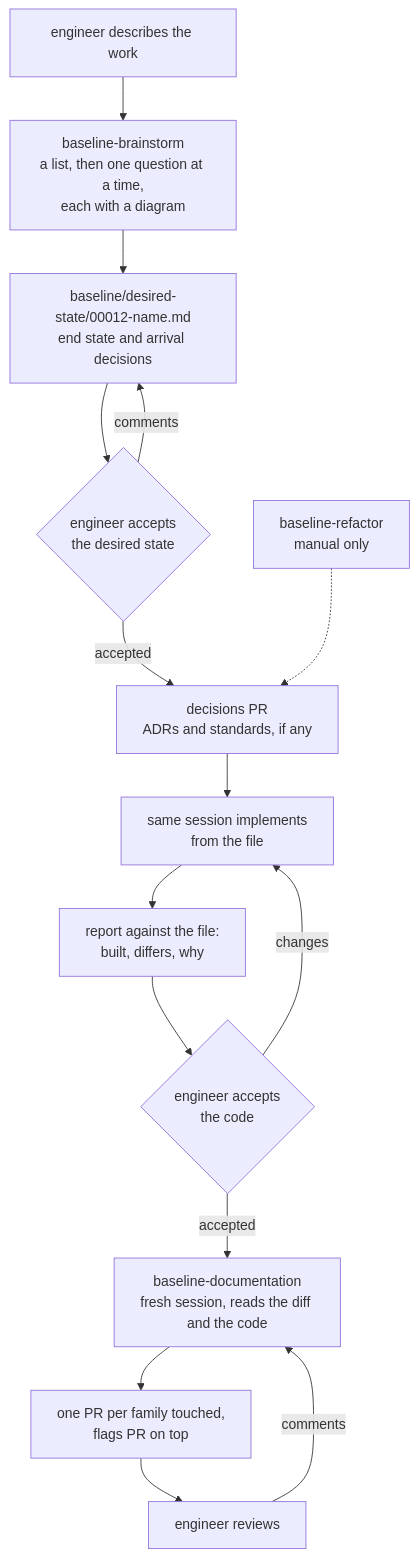
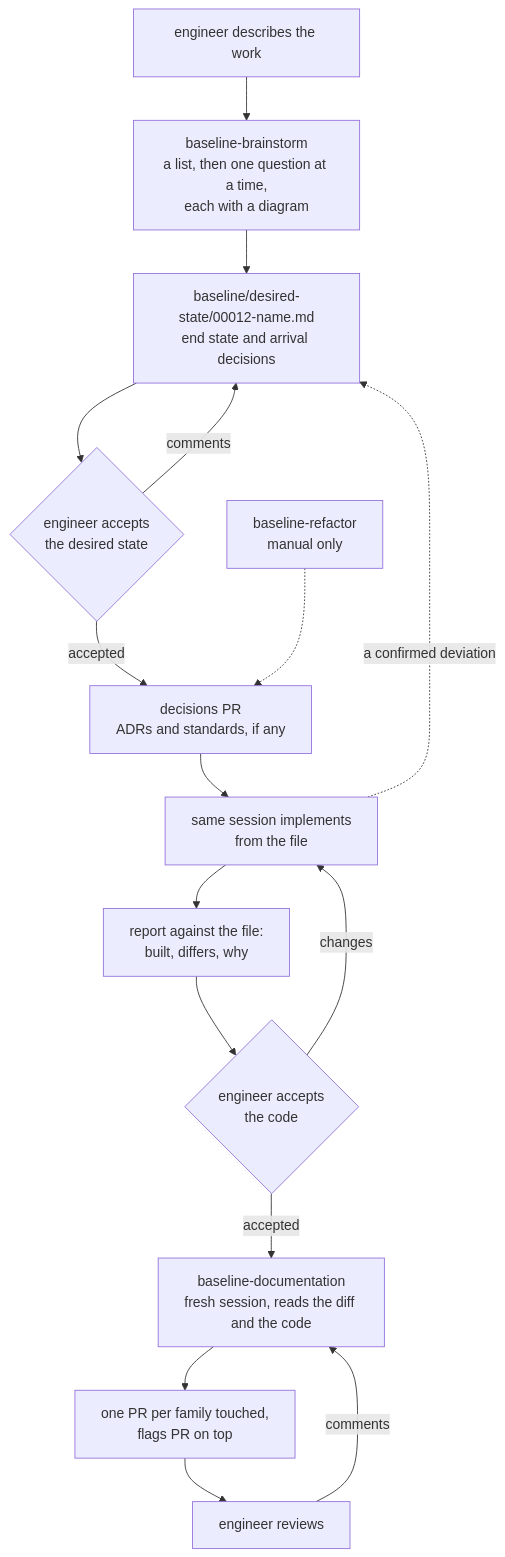
One commit to chandanbsd/baseline-framework changed the second of 3 diagrams in baseline/desired-state/00001-baseline-v2.md. Above: the diagram before and after it, drawn with Mermaid. The commit also changed other lines of this file, not shown here.

First line of the commit message:
docs: a deviation during coding is confirmed explicitly and amends the desired state (D29)

````diff
--- a/baseline/desired-state/00001-baseline-v2.md
+++ b/baseline/desired-state/00001-baseline-v2.md
@@ -41,17 +41,18 @@
 ```mermaid
 flowchart TB
     Q["engineer describes the work"] --> BR["baseline-brainstorm<br/>a list, then one question at a time,<br/>each with a diagram"]
     BR --> DS["baseline/desired-state/00012-name.md<br/>end state and arrival decisions"]
     DS --> G1{"engineer accepts<br/>the desired state"}
     G1 -->|"comments"| DS
     G1 -->|"accepted"| DEC["decisions PR<br/>ADRs and standards, if any"]
     DEC --> IMP["same session implements<br/>from the file"]
     IMP --> REP["report against the file:<br/>built, differs, why"]
     REP --> G2{"engineer accepts<br/>the code"}
     G2 -->|"changes"| IMP
     G2 -->|"accepted"| DOC["baseline-documentation<br/>fresh session, reads the diff and the code"]
     DOC --> PRS["one PR per family touched,<br/>flags PR on top"]
     PRS --> REV["engineer reviews"]
     REV -->|"comments"| DOC
+    IMP -.->|"a confirmed deviation"| DS
     RF["baseline-refactor<br/>manual only"] -.-> DEC
 ```
````
